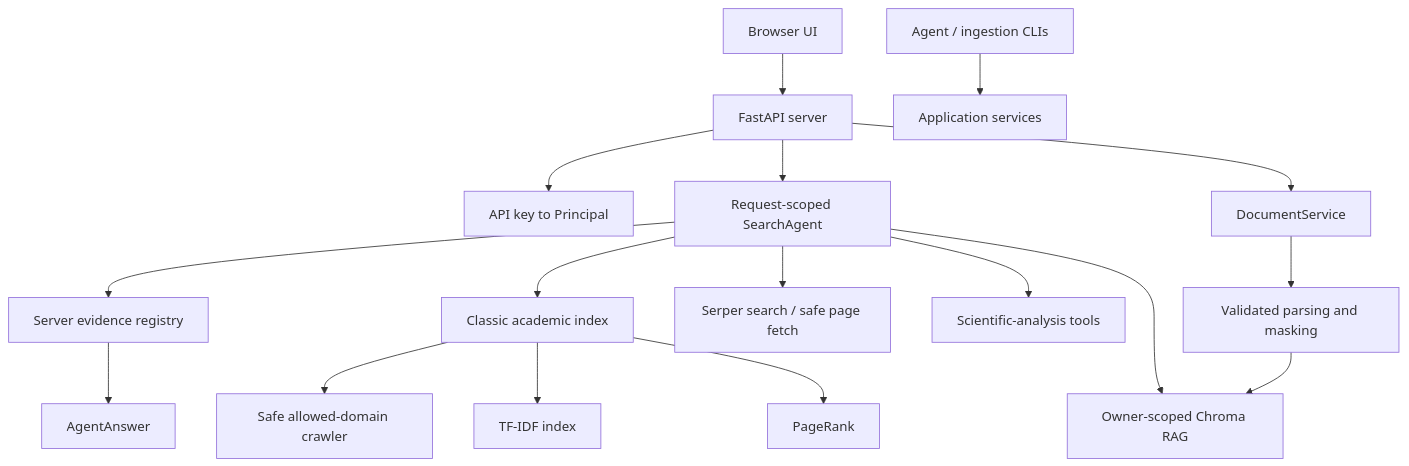
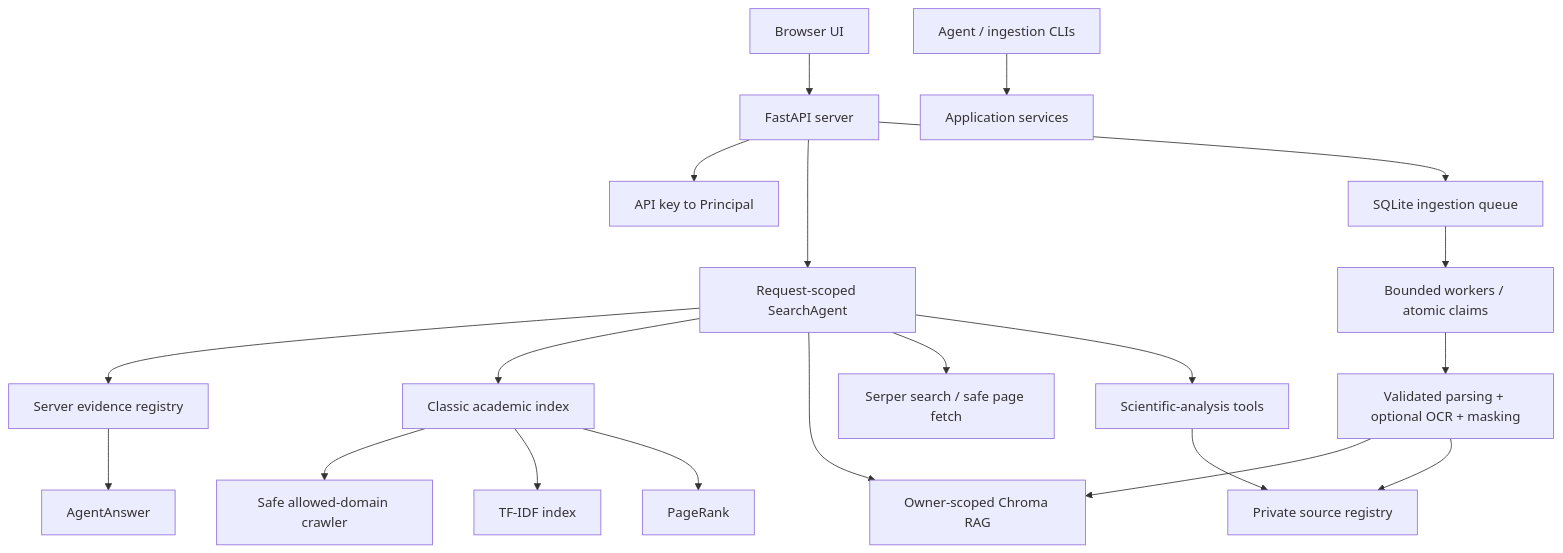
The diagram in docs/GOALS_AND_ARCHITECTURE.md (Anurag9000/RigorousRAG), drawn with Mermaid before and after one commit. The commit also changed other lines of this file, not shown here.

Commit message:
Document durable queue, private sources, and OCR

````diff
--- a/docs/GOALS_AND_ARCHITECTURE.md
+++ b/docs/GOALS_AND_ARCHITECTURE.md
@@ -95,19 +119,22 @@
 ```mermaid
 graph TD
     UI[Browser UI] --> API[FastAPI server]
     CLI[Agent / ingestion CLIs] --> Services[Application services]
     API --> Identity[API key to Principal]
     API --> Agent[Request-scoped SearchAgent]
-    API --> Ingestion[DocumentService]
+    API --> Queue[SQLite ingestion queue]
+    Queue --> Workers[Bounded workers / atomic claims]
+    Workers --> Parser[Validated parsing + optional OCR + masking]
+    Parser --> Vector[Owner-scoped Chroma RAG]
+    Parser --> Registry[Private source registry]
     Agent --> Evidence[Server evidence registry]
     Agent --> Classic[Classic academic index]
-    Agent --> Vector[Owner-scoped Chroma RAG]
+    Agent --> Vector
     Agent --> Web[Serper search / safe page fetch]
     Agent --> Integrity[Scientific-analysis tools]
-    Ingestion --> Parser[Validated parsing and masking]
-    Parser --> Vector
+    Integrity --> Registry
     Classic --> Crawler[Safe allowed-domain crawler]
     Classic --> Sparse[TF-IDF index]
     Classic --> Rank[PageRank]
     Evidence --> Response[AgentAnswer]
 ```
````
